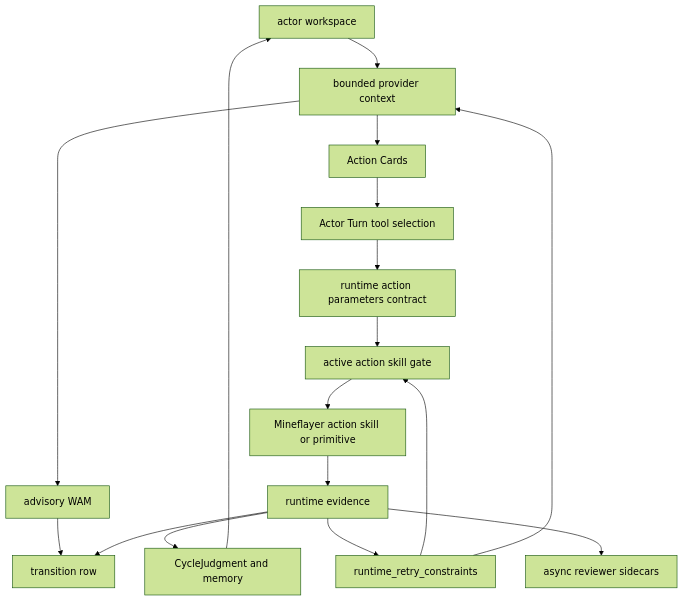
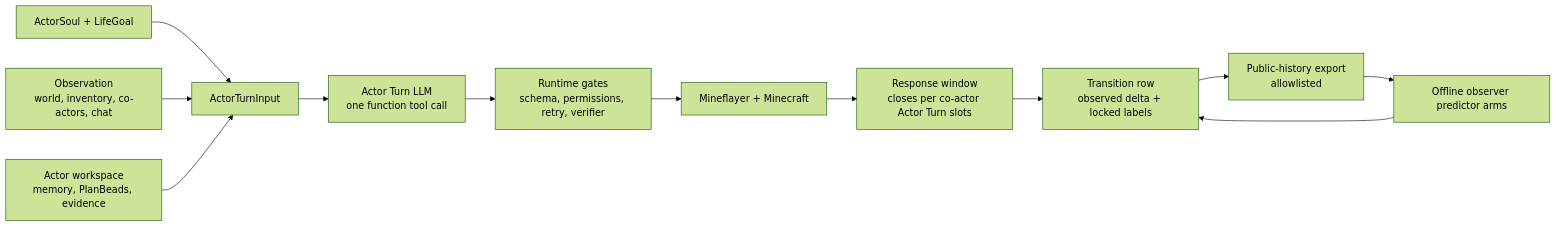
One commit to gigio1023/minecraft-llm-agent-community changed the diagram in project-docs/orientation/overview.md. Above: the diagram before and after it, drawn with Mermaid (forest theme). The commit also changed other lines of this file and 94 other files, not shown here.

````diff
--- a/project-docs/orientation/overview.md
+++ b/project-docs/orientation/overview.md
@@ -56,33 +85,20 @@
 ```mermaid
-flowchart TD
-  Workspace["actor workspace"]
-  Context["bounded provider context"]
-  WAM["advisory WAM"]
-  Cards["Action Cards"]
-  Proposal["Actor Turn tool selection"]
-  Gate["active action skill gate"]
-  Action["Mineflayer action skill or primitive"]
-  Evidence["runtime evidence"]
-  Contract["runtime action parameters contract"]
-  Retry["runtime_retry_constraints"]
-  Judgment["CycleJudgment and memory"]
-  Row["transition row"]
-  Review["async reviewer sidecars"]
+flowchart LR
+  Soul["ActorSoul + LifeGoal"]
+  Observe["Observation<br/>world, inventory, co-actors, chat"]
+  Workspace["Actor workspace<br/>memory, PlanBeads, evidence"]
+  Input["ActorTurnInput"]
+  LLM["Actor Turn LLM<br/>one function tool call"]
+  Runtime["Runtime gates<br/>schema, permissions, retry, verifier"]
+  MC["Mineflayer + Minecraft"]
+  Window["Response window<br/>closes per co-actor Actor Turn slots"]
+  Row["Transition row<br/>observed delta + locked labels"]
+  Export["Public-history export<br/>allowlisted"]
+  Predictor["Offline observer predictor arms"]
 
-  Workspace --> Context
-  Context --> Cards
-  Context --> WAM
-  Cards --> Proposal
-  Proposal --> Contract
-  Contract --> Gate
-  Retry --> Gate
-  Gate --> Action
-  Action --> Evidence
-  WAM --> Row
-  Evidence --> Row
-  Evidence --> Judgment
-  Judgment --> Workspace
-  Evidence --> Retry
-  Retry --> Context
-  Evidence --> Review
+  Soul --> Input
+  Observe --> Input
+  Workspace --> Input
+  Input --> LLM --> Runtime --> MC --> Window --> Row
+  Row --> Export --> Predictor --> Row
 ```
````
